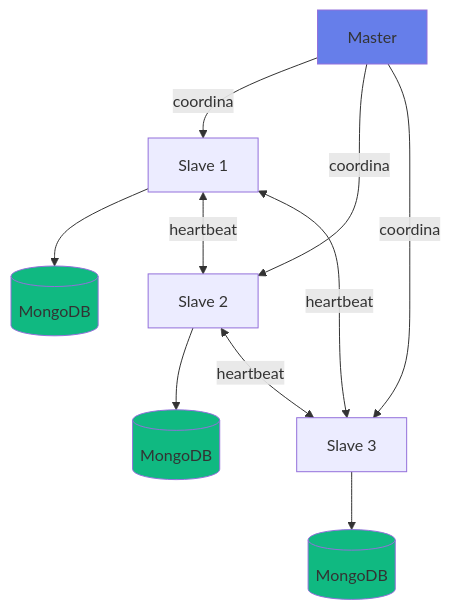
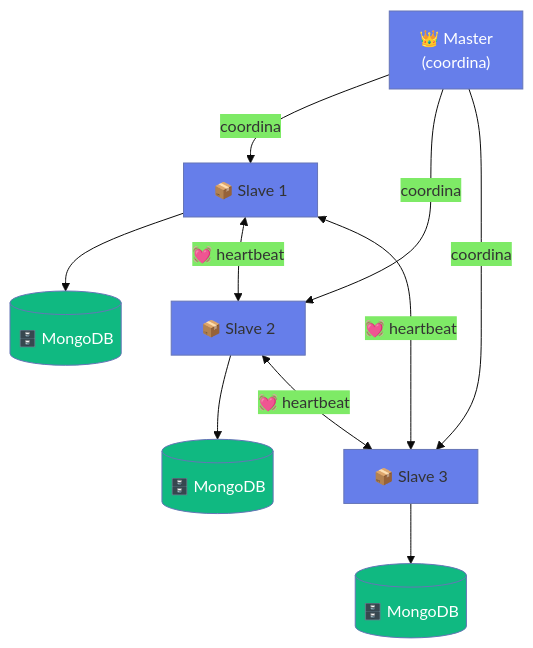
One commit to Pol4720/DistriSearch changed the first of 3 diagrams in docs/caracteristicas.md. Above: the diagram before and after it, drawn with Mermaid. The commit also changed other lines of this file and 132 other files, not shown here.

````diff
--- a/docs/caracteristicas.md
+++ b/docs/caracteristicas.md
@@ -96,20 +125,21 @@
 ```mermaid
+%%{init: {'theme': 'base', 'themeVariables': { 'primaryColor': '#667eea'}}}%%
 graph TD
-    M[Master]
-    M --> |coordina| S1[Slave 1]
-    M --> |coordina| S2[Slave 2]
-    M --> |coordina| S3[Slave 3]
+    M["👑 Master<br/>(coordina)"]
+    M --> |"coordina"| S1["📦 Slave 1"]
+    M --> |"coordina"| S2["📦 Slave 2"]
+    M --> |"coordina"| S3["📦 Slave 3"]
     
-    S1 --> DB1[(MongoDB)]
-    S2 --> DB2[(MongoDB)]
-    S3 --> DB3[(MongoDB)]
+    S1 --> DB1[("🗄️ MongoDB")]
+    S2 --> DB2[("🗄️ MongoDB")]
+    S3 --> DB3[("🗄️ MongoDB")]
     
-    S1 <--> |heartbeat| S2
-    S2 <--> |heartbeat| S3
-    S1 <--> |heartbeat| S3
+    S1 <--> |"💓 heartbeat"| S2
+    S2 <--> |"💓 heartbeat"| S3
+    S1 <--> |"💓 heartbeat"| S3
     
-    style M fill:#667eea
-    style DB1 fill:#10b981
-    style DB2 fill:#10b981
-    style DB3 fill:#10b981
+    style M fill:#667eea,color:#fff
+    style DB1 fill:#10b981,color:#fff
+    style DB2 fill:#10b981,color:#fff
+    style DB3 fill:#10b981,color:#fff
 ```
````
